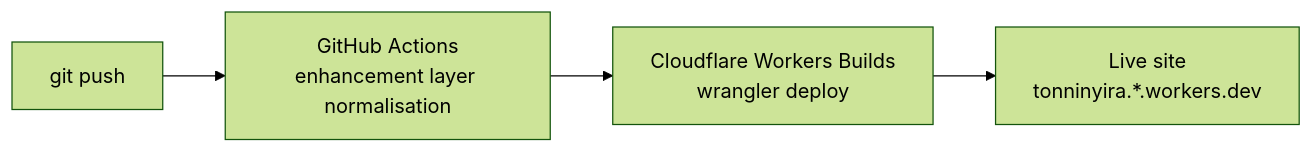
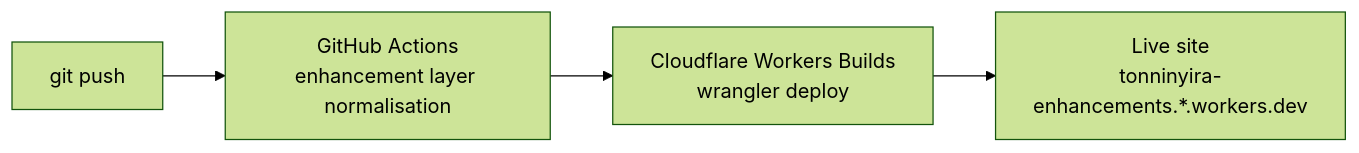
One commit to SpeakPower-commits/tonninyira changed the fourth of 4 diagrams in docs/ARCHITECTURE.md. Above: the diagram before and after it, drawn with Mermaid (forest theme). The commit also changed 1 other file, not shown here.

Commit message:
Cloudflare: use the Worker name created in the dashboard
Workers Builds requires the wrangler name to match the Worker it was
connected to (tonninyira-enhancements); the first build failed on the
mismatch.

Claude-Session: https://claude.ai/code/session_01Asdtt4WrLP29jKxEhokcSC

````diff
--- a/docs/ARCHITECTURE.md
+++ b/docs/ARCHITECTURE.md
@@ -240,6 +240,6 @@
 ```mermaid
 flowchart LR
   A["git push"] --> B["GitHub Actions<br/>enhancement layer normalisation"]
   B --> C["Cloudflare Workers Builds<br/>wrangler deploy"]
-  C --> D["Live site<br/>tonninyira.*.workers.dev"]
+  C --> D["Live site<br/>tonninyira-enhancements.*.workers.dev"]
 ```
````
